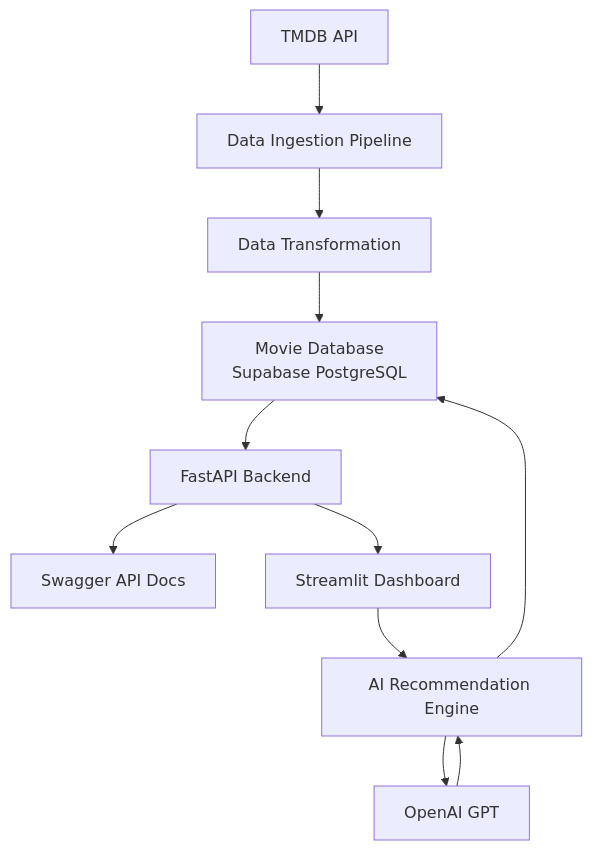
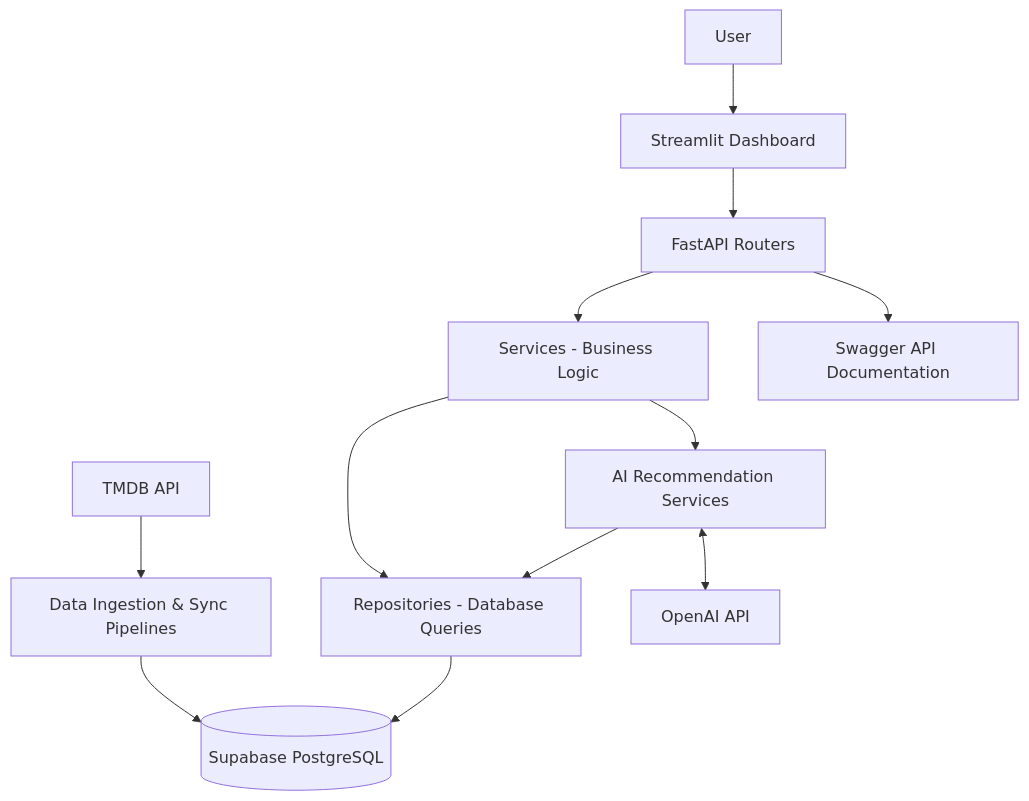
The diagram in README.md (ErikBobko/movie_project_fast_api), drawn with Mermaid before and after one commit. The commit also changed other lines of this file, not shown here.

Commit message:
docs: update README with architecture, API endpoints and testing

````diff
--- a/README.md
+++ b/README.md
@@ -129,37 +114,17 @@
 ```mermaid
 flowchart TD
+    TMDB[TMDB API] --> PIPE[Data Ingestion & Sync Pipelines]
+    PIPE --> DB[(Supabase PostgreSQL)]
 
-A[TMDB API]
+    USER[User] --> UI[Streamlit Dashboard]
+    UI --> ROUTER[FastAPI Routers]
+    ROUTER --> SERVICE[Services - Business Logic]
+    SERVICE --> REPO[Repositories - Database Queries]
+    REPO --> DB
 
-B[Data Ingestion Pipeline]
+    SERVICE --> AI[AI Recommendation Services]
+    AI <--> OPENAI[OpenAI API]
+    AI --> REPO
 
-C[Data Transformation]
-
-D[Movie Database
-Supabase PostgreSQL]
-
-E[FastAPI Backend]
-
-F[Swagger API Docs]
-
-G[Streamlit Dashboard]
-
-H[AI Recommendation Engine]
-
-I[OpenAI GPT]
-
-A --> B
-B --> C
-C --> D
-
-D --> E
-
-E --> F
-E --> G
-
-G --> H
-H --> I
-I --> H
-
-H --> D
+    ROUTER --> DOCS[Swagger API Documentation]
 ```
````
